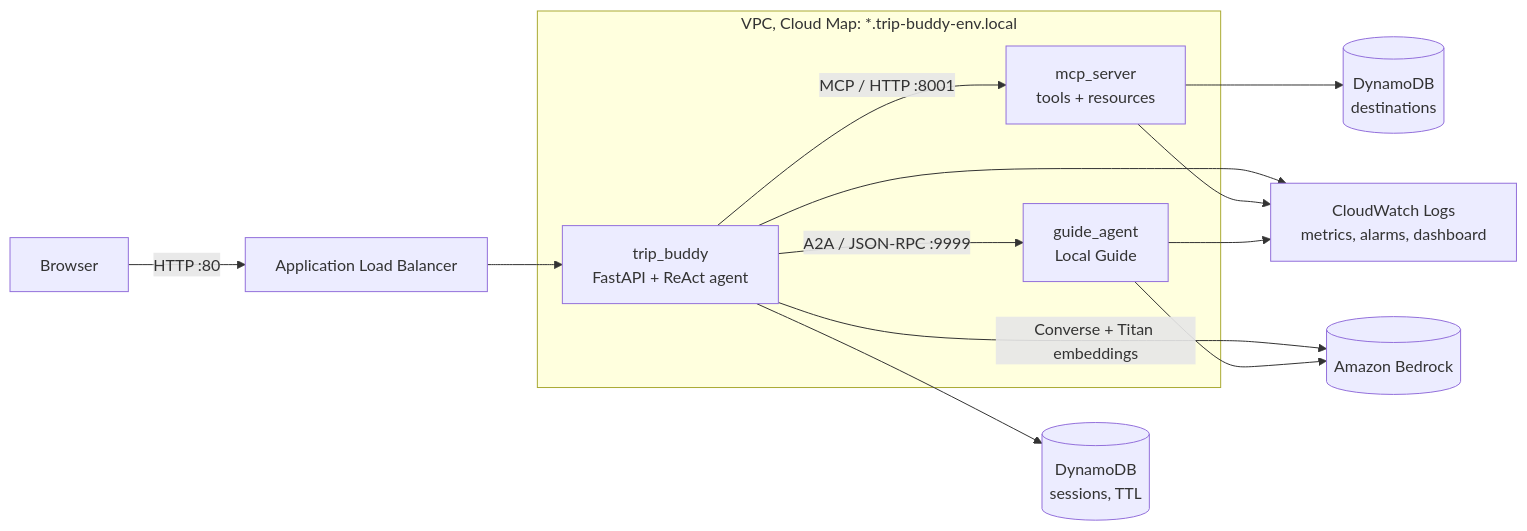
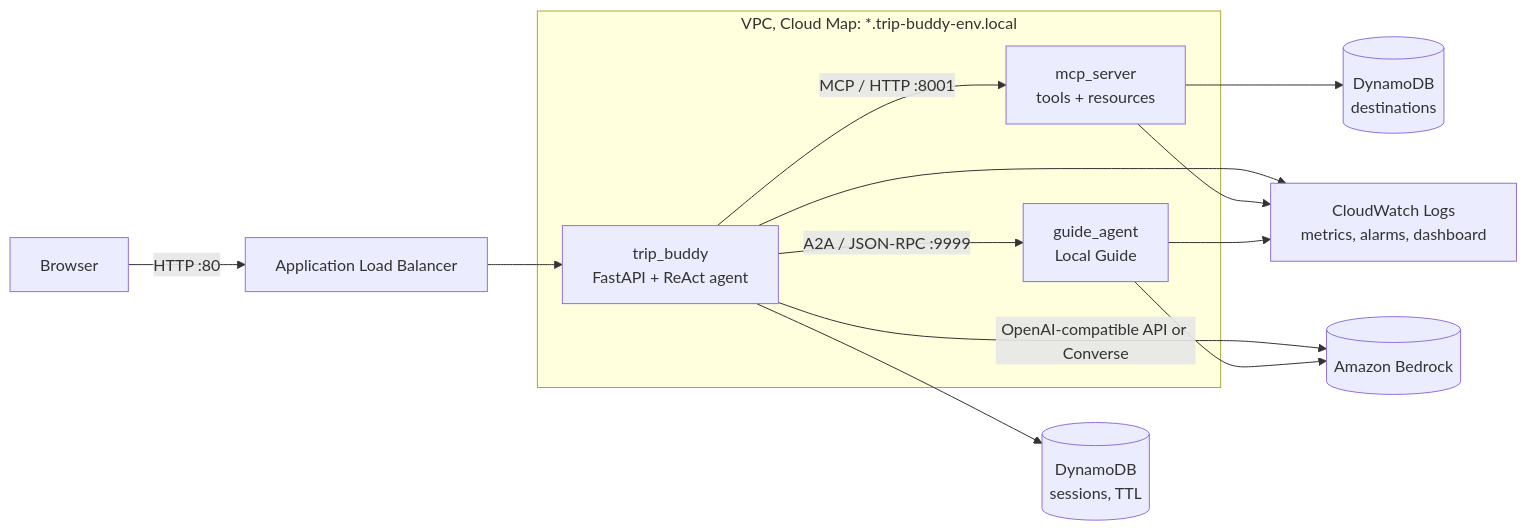
One commit to softdev79/trip-buddy-aws changed the diagram in README.md. Above: the diagram before and after it, drawn with Mermaid. The commit also changed other lines of this file and 4 other files, not shown here.

````diff
--- a/README.md
+++ b/README.md
@@ -13,17 +13,17 @@
 ```mermaid
 flowchart LR
   U[Browser] -->|HTTP :80| ALB[Application Load Balancer]
   ALB --> API[trip_buddy<br/>FastAPI + ReAct agent]
   API -->|MCP / HTTP :8001| MCP[mcp_server<br/>tools + resources]
   API -->|A2A / JSON-RPC :9999| G[guide_agent<br/>Local Guide]
-  API -->|Converse + Titan embeddings| BR[(Amazon Bedrock)]
+  API -->|OpenAI-compatible API or Converse| BR[(Amazon Bedrock)]
   G --> BR
   MCP --> DDB1[(DynamoDB<br/>destinations)]
   API --> DDB2[(DynamoDB<br/>sessions, TTL)]
   API & MCP & G --> CW[CloudWatch Logs<br/>metrics, alarms, dashboard]
   subgraph VPC [VPC, Cloud Map: *.trip-buddy-env.local]
     API
     MCP
     G
   end
 ```
````
